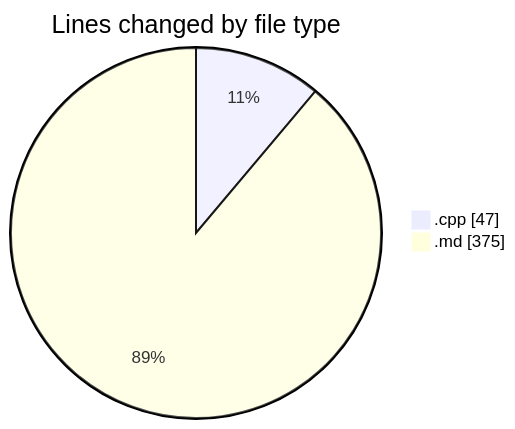
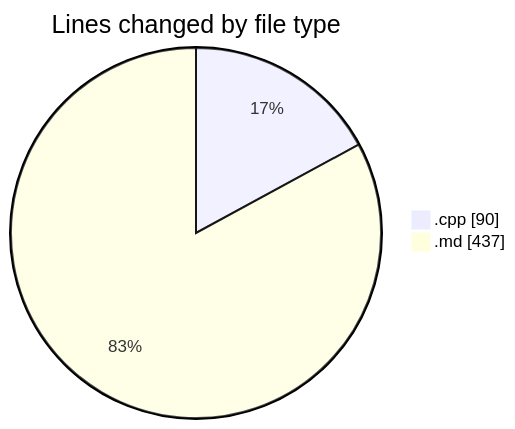
Before and after one commit to ernivani/code-tracking: the first of 2 diagrams in 2024-12-29/leetcode-solutions/README.md, drawn with Mermaid. The commit also changed other lines of this file and 2 other files, not shown here.

````diff
--- a/2024-12-29/leetcode-solutions/README.md
+++ b/2024-12-29/leetcode-solutions/README.md
@@ -22,6 +23,6 @@
 ```mermaid
 pie showData
 title Lines changed by file type
-".cpp" : 47
-".md" : 375
+".cpp" : 90
+".md" : 437
 ```
````
